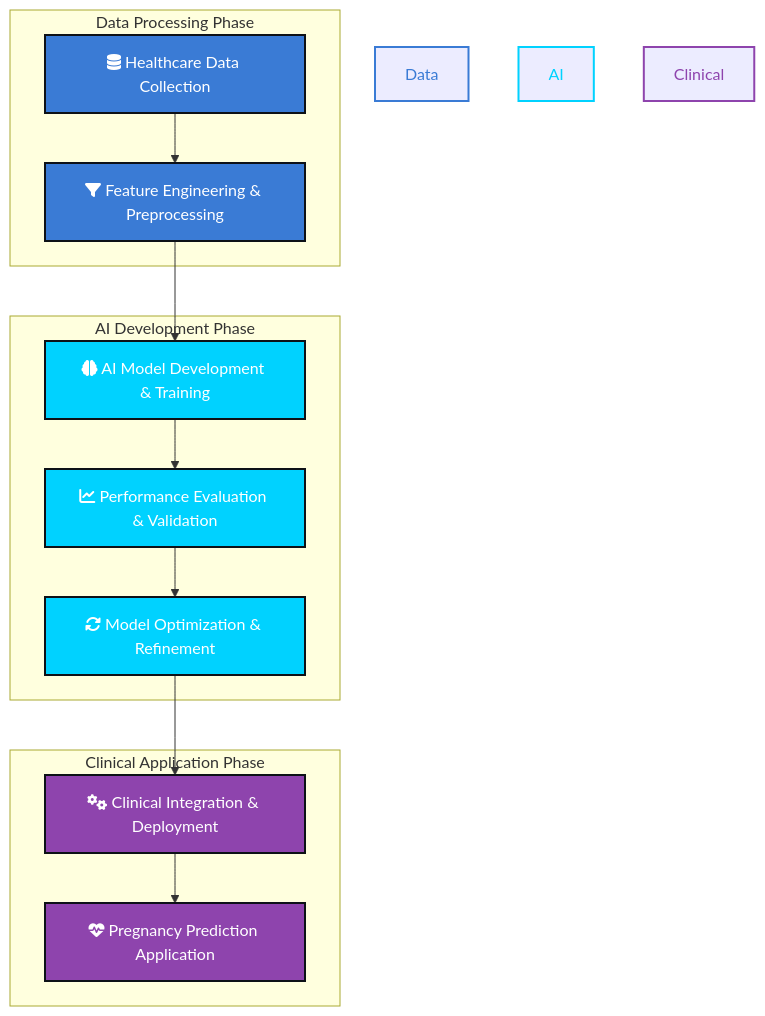
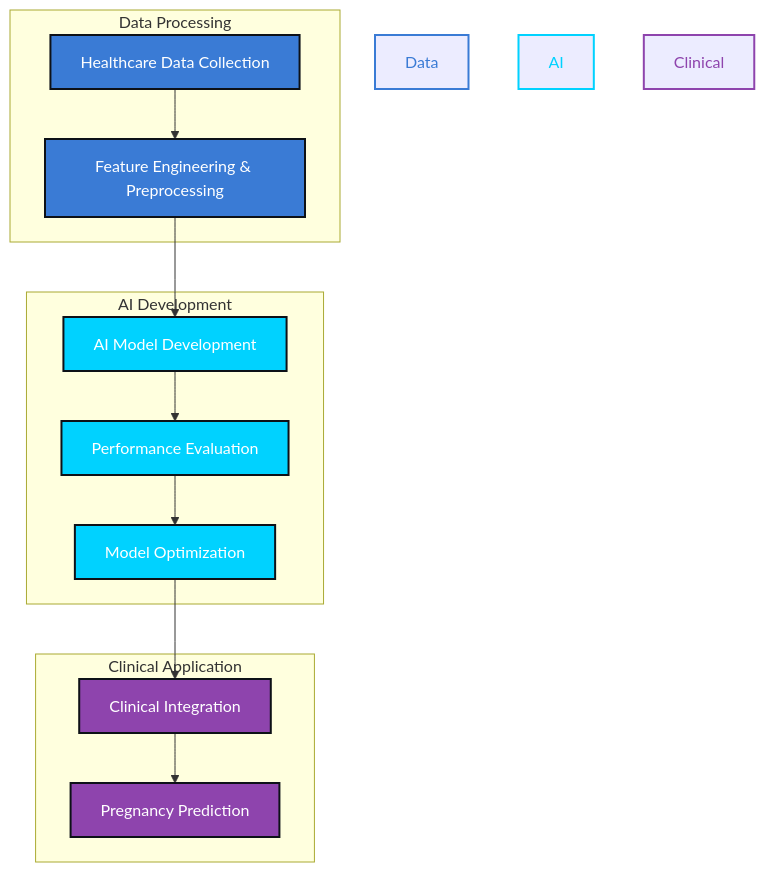
Before and after one commit to hasti1356/hasti1356: the diagram in README.md, drawn with Mermaid.

````diff
--- a/README.md
+++ b/README.md
@@ -126,41 +126,34 @@
 ```mermaid
 flowchart TD
     classDef dataPhase fill:#3a7bd5,stroke:#0D1117,color:white,stroke-width:2px
     classDef modelPhase fill:#00d2ff,stroke:#0D1117,color:white,stroke-width:2px
     classDef applicationPhase fill:#8e44ad,stroke:#0D1117,color:white,stroke-width:2px
     
-    A[fa:fa-database Healthcare Data Collection] --> B[fa:fa-filter Feature Engineering & Preprocessing]
-    B --> C[fa:fa-brain AI Model Development & Training]
-    C --> D[fa:fa-chart-line Performance Evaluation & Validation]
-    D --> E[fa:fa-sync-alt Model Optimization & Refinement]
-    E --> F[fa:fa-cogs Clinical Integration & Deployment]
-    F --> G[fa:fa-heartbeat Pregnancy Prediction Application]
-    
-    subgraph Data Processing Phase
-        A
-        B
+    subgraph "Data Processing"
+    A[Healthcare Data Collection] --> B[Feature Engineering & Preprocessing]
     end
     
-    subgraph AI Development Phase
-        C
-        D
-        E
+    subgraph "AI Development"
+    C[AI Model Development] --> D[Performance Evaluation]
+    D --> E[Model Optimization]
     end
     
-    subgraph Clinical Application Phase
-        F
-        G
+    subgraph "Clinical Application"
+    F[Clinical Integration] --> G[Pregnancy Prediction]
     end
+    
+    B --> C
+    E --> F
     
     A:::dataPhase
     B:::dataPhase
     C:::modelPhase
     D:::modelPhase
     E:::modelPhase
     F:::applicationPhase
     G:::applicationPhase
     
-    style Data Processing Phase fill:#0D1117,stroke:#3a7bd5,stroke-width:2px,color:#3a7bd5
-    style AI Development Phase fill:#0D1117,stroke:#00d2ff,stroke-width:2px,color:#00d2ff
-    style Clinical Application Phase fill:#0D1117,stroke:#8e44ad,stroke-width:2px,color:#8e44ad
+    style Data Processing fill:#0D1117,stroke:#3a7bd5,stroke-width:2px,color:#3a7bd5
+    style AI Development fill:#0D1117,stroke:#00d2ff,stroke-width:2px,color:#00d2ff
+    style Clinical Application fill:#0D1117,stroke:#8e44ad,stroke-width:2px,color:#8e44ad
 ```
````
